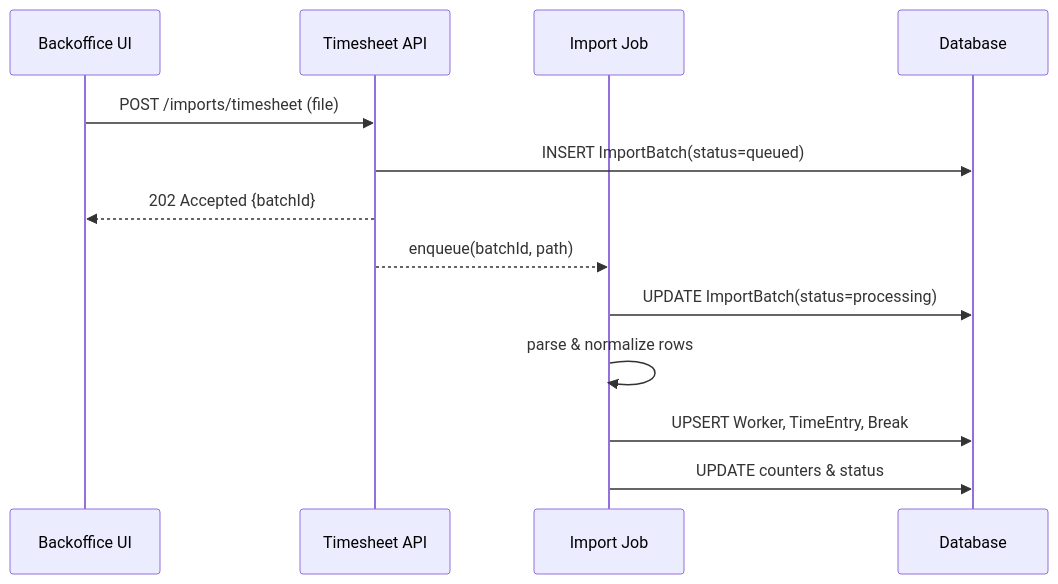
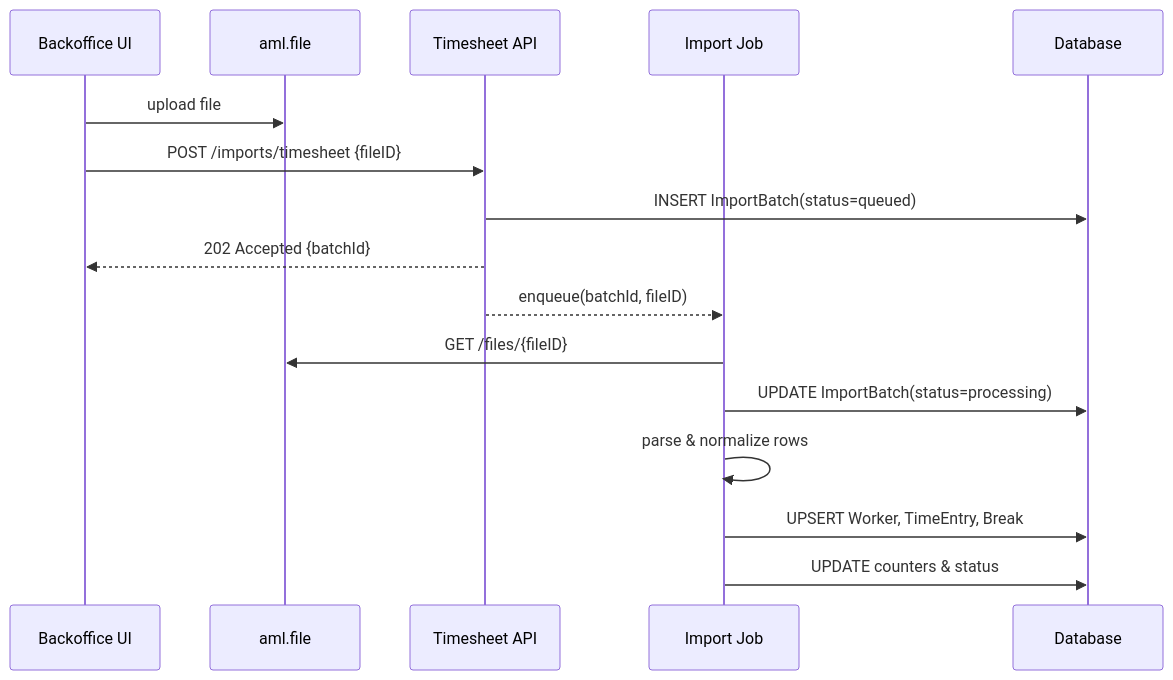
Before and after one commit to FlowPay/workplace.timesheets: the first of 2 diagrams in docs/description.md, drawn with Mermaid. The commit also changed other lines of this file and 15 other files, not shown here.

````diff
--- a/docs/description.md
+++ b/docs/description.md
@@ -12,15 +12,18 @@
 ```mermaid
 sequenceDiagram
     participant UI as Backoffice UI
+    participant FILE as aml.file
     participant API as Timesheet API
     participant J as Import Job
     participant DB as Database
-    UI->>API: POST /imports/timesheet (file)
+    UI->>FILE: upload file
+    UI->>API: POST /imports/timesheet {fileID}
     API->>DB: INSERT ImportBatch(status=queued)
     API-->>UI: 202 Accepted {batchId}
-    API-->>J: enqueue(batchId, path)
+    API-->>J: enqueue(batchId, fileID)
+    J->>FILE: GET /files/{fileID}
     J->>DB: UPDATE ImportBatch(status=processing)
     J->>J: parse & normalize rows
     J->>DB: UPSERT Worker, TimeEntry, Break
     J->>DB: UPDATE counters & status
 ```
````
